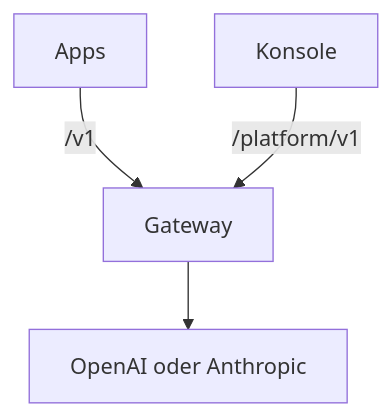
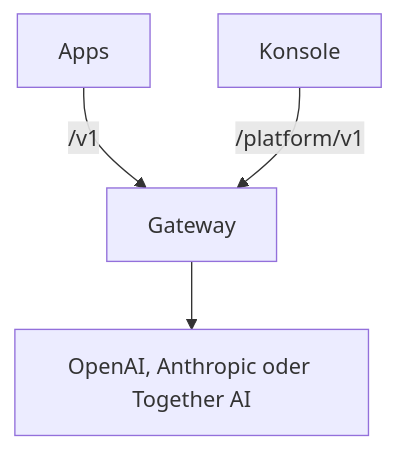
Before and after one commit to logicplanes/kaeso: the diagram in apps/docs/content/de/index.md, drawn with Mermaid. The commit also changed other lines of this file and 7 other files, not shown here.

First line of the commit message:
Name Together AI on the home page, the quick start and the credential schema

````diff
--- a/apps/docs/content/de/index.md
+++ b/apps/docs/content/de/index.md
@@ -49,8 +49,8 @@
 ```mermaid
 flowchart TD
   accTitle: Wie die Teile zusammenspielen
-  accDescr: Apps rufen das Gateway unter /v1 auf, die Konsole unter /platform/v1; das Gateway ruft OpenAI oder Anthropic auf.
+  accDescr: Apps rufen das Gateway unter /v1 auf, die Konsole unter /platform/v1; das Gateway ruft OpenAI, Anthropic oder Together AI auf.
   apps[Apps] -- /v1 --> gateway[Gateway]
   console[Konsole] -- /platform/v1 --> gateway
-  gateway --> providers[OpenAI oder Anthropic]
+  gateway --> providers[OpenAI, Anthropic oder Together AI]
 ```
````
